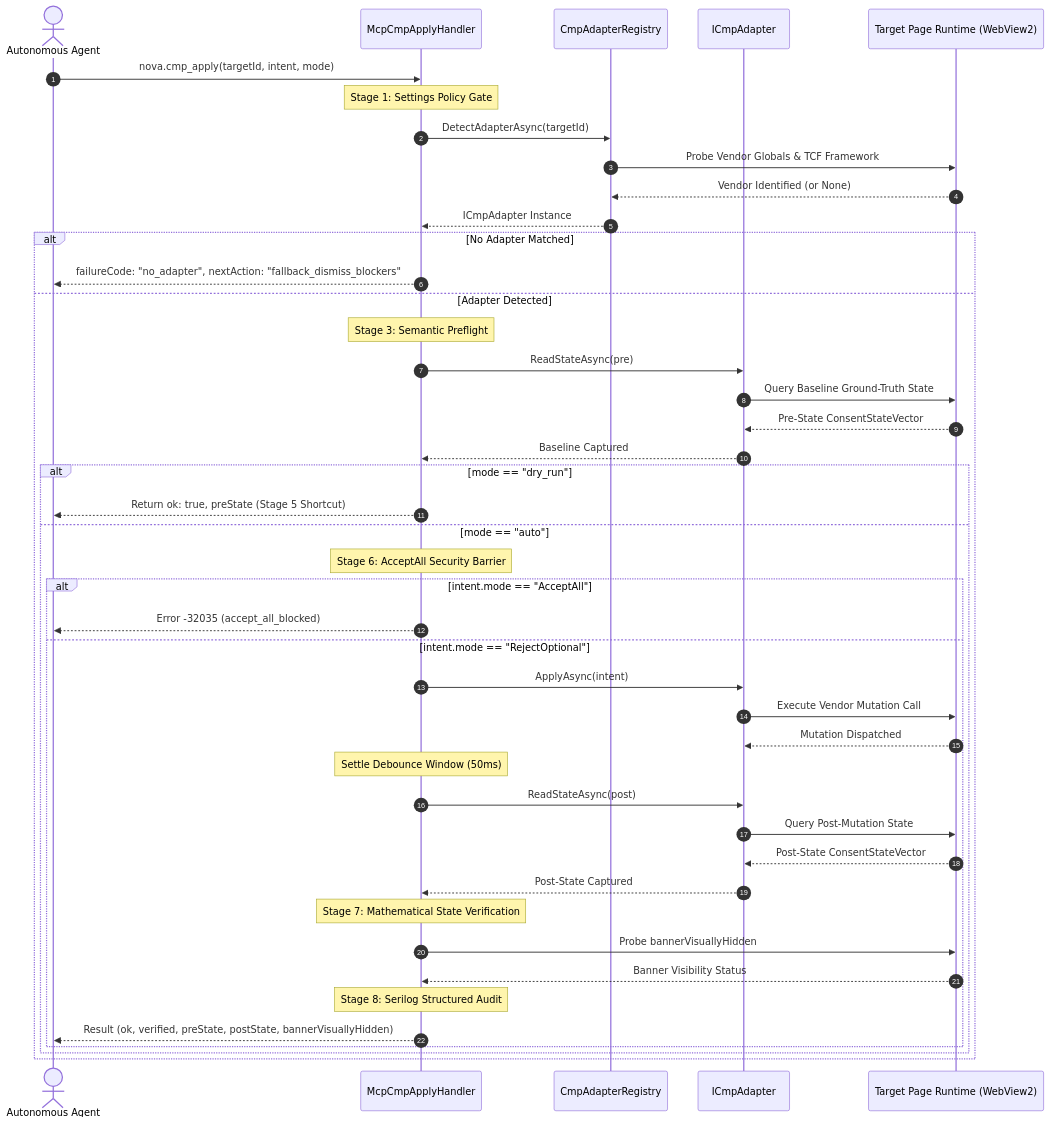
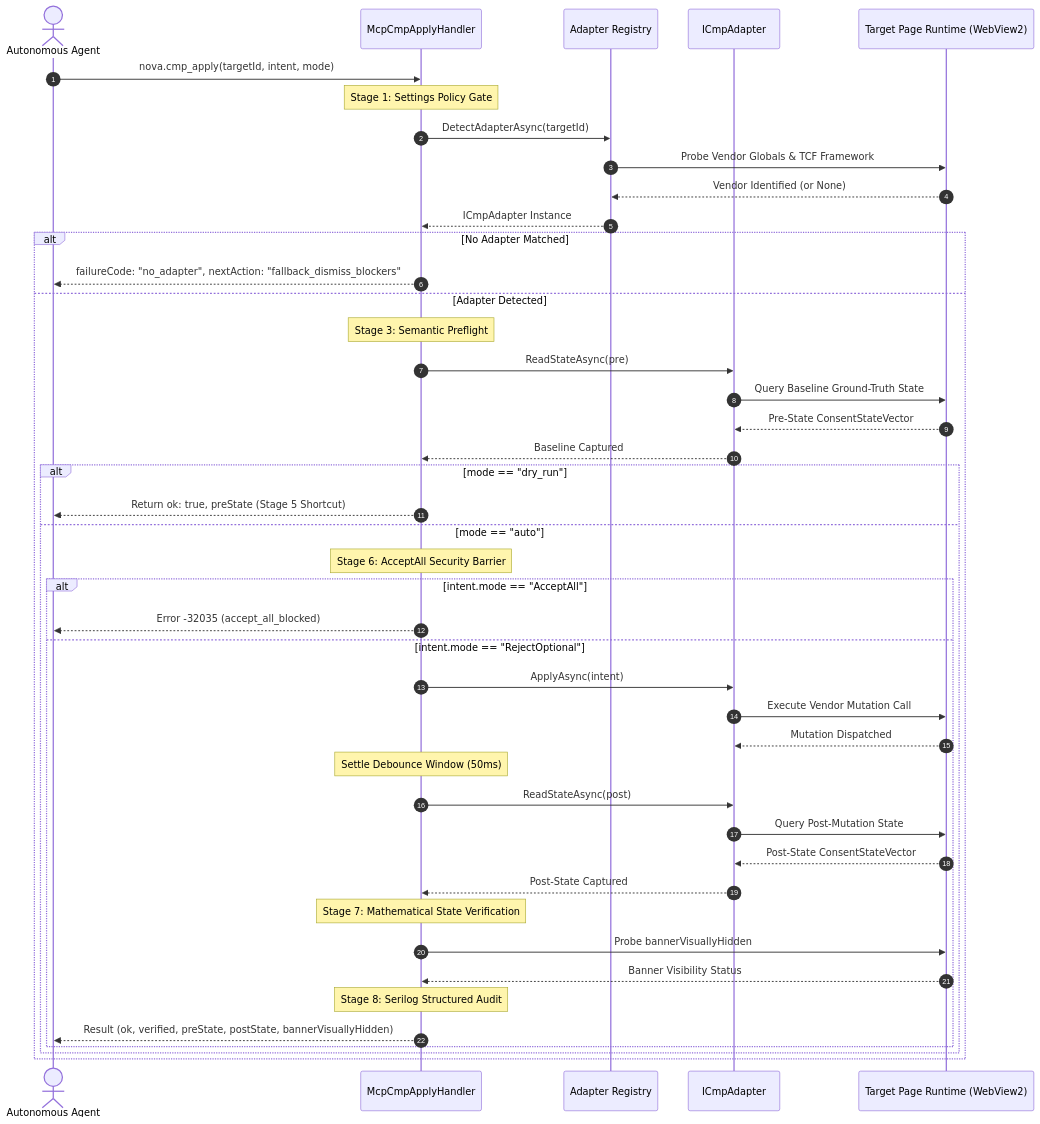
The first of 3 diagrams in docs/core-features/consent-management/cmp-engine/execution-pipeline-and-adapters/README.md (joelaniol/nova), drawn with Mermaid before and after one commit. The commit also changed other lines of this file and 49 other files, not shown here.

````diff
--- a/docs/core-features/consent-management/cmp-engine/execution-pipeline-and-adapters/README.md
+++ b/docs/core-features/consent-management/cmp-engine/execution-pipeline-and-adapters/README.md
@@ -25,49 +25,49 @@
 ```mermaid
 sequenceDiagram
     autonumber
     actor Agent as Autonomous Agent
     participant Handler as McpCmpApplyHandler
-    participant Registry as CmpAdapterRegistry
+    participant Registry as Adapter Registry
     participant Adapter as ICmpAdapter
     participant Runtime as Target Page Runtime (WebView2)
 
     Agent->>Handler: nova.cmp_apply(targetId, intent, mode)
     Note over Handler: Stage 1: Settings Policy Gate
     Handler->>Registry: DetectAdapterAsync(targetId)
     Registry->>Runtime: Probe Vendor Globals & TCF Framework
     Runtime-->>Registry: Vendor Identified (or None)
     Registry-->>Handler: ICmpAdapter Instance
 
     alt No Adapter Matched
         Handler-->>Agent: failureCode: "no_adapter", nextAction: "fallback_dismiss_blockers"
     else Adapter Detected
         Note over Handler: Stage 3: Semantic Preflight
         Handler->>Adapter: ReadStateAsync(pre)
         Adapter->>Runtime: Query Baseline Ground-Truth State
         Runtime-->>Adapter: Pre-State ConsentStateVector
         Adapter-->>Handler: Baseline Captured
 
         alt mode == "dry_run"
             Handler-->>Agent: Return ok: true, preState (Stage 5 Shortcut)
         else mode == "auto"
             Note over Handler: Stage 6: AcceptAll Security Barrier
             alt intent.mode == "AcceptAll"
                 Handler-->>Agent: Error -32035 (accept_all_blocked)
             else intent.mode == "RejectOptional"
                 Handler->>Adapter: ApplyAsync(intent)
                 Adapter->>Runtime: Execute Vendor Mutation Call
                 Runtime-->>Adapter: Mutation Dispatched
                 Note over Handler: Settle Debounce Window (50ms)
                 Handler->>Adapter: ReadStateAsync(post)
                 Adapter->>Runtime: Query Post-Mutation State
                 Runtime-->>Adapter: Post-State ConsentStateVector
                 Adapter-->>Handler: Post-State Captured
                 Note over Handler: Stage 7: Mathematical State Verification
                 Handler->>Runtime: Probe bannerVisuallyHidden
                 Runtime-->>Handler: Banner Visibility Status
                 Note over Handler: Stage 8: Serilog Structured Audit
                 Handler-->>Agent: Result (ok, verified, preState, postState, bannerVisuallyHidden)
             end
         end
     end
 ```
````
